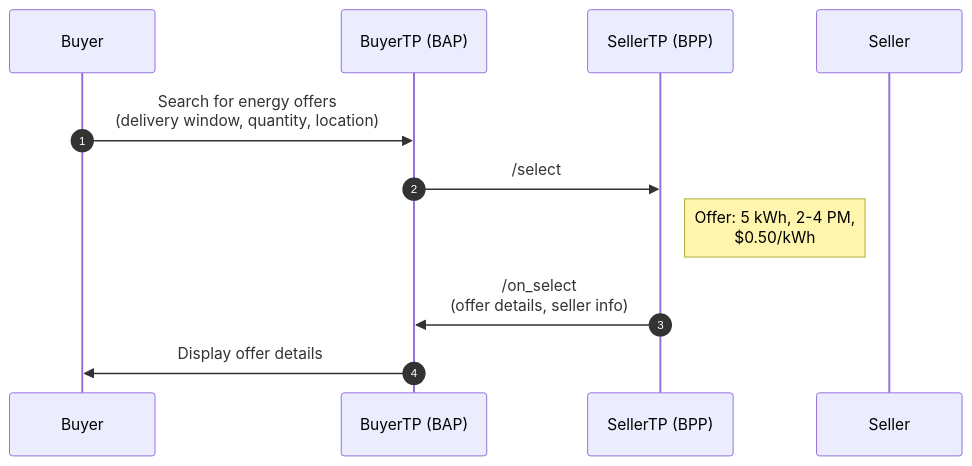
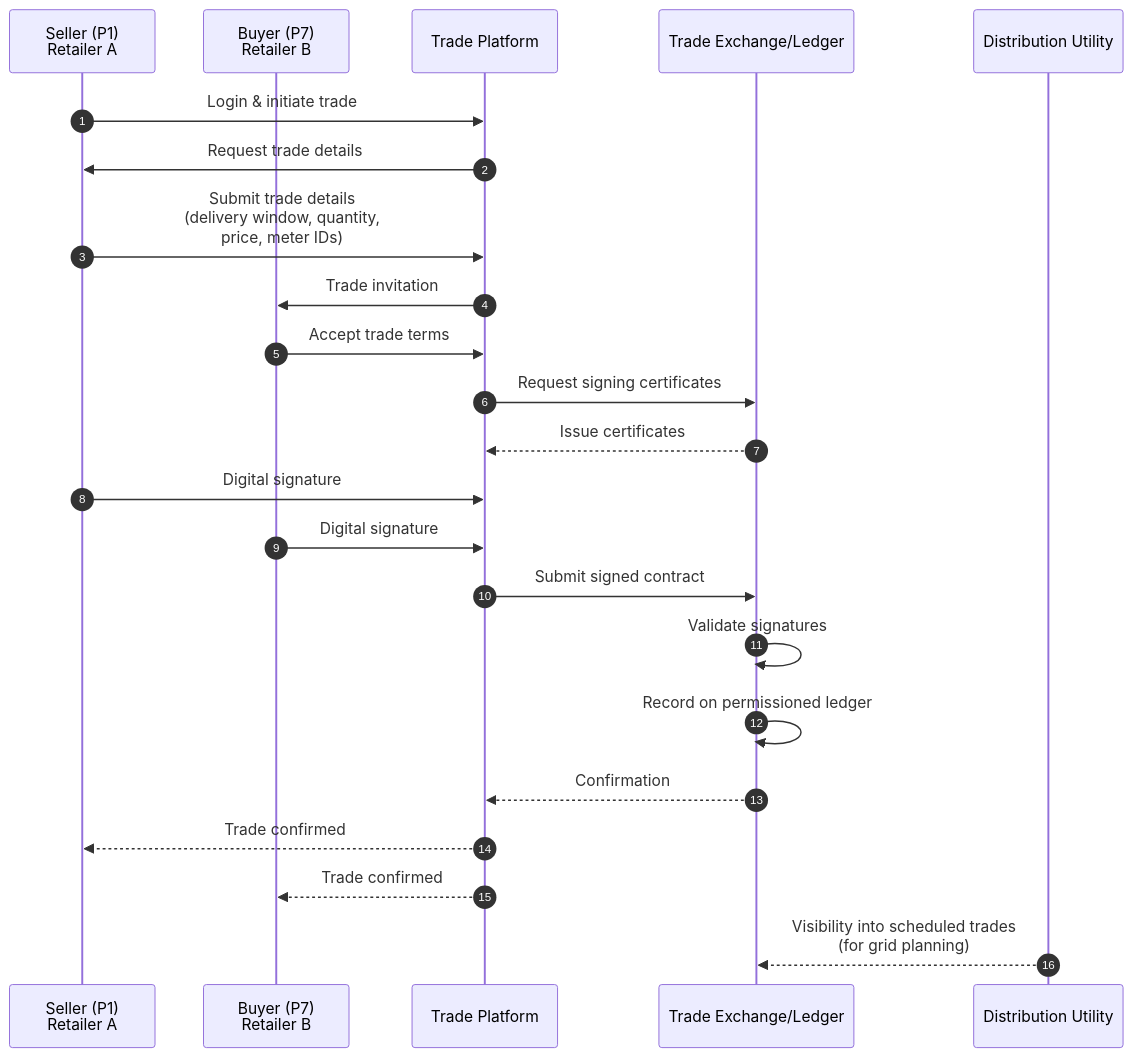
The second of 11 diagrams in docs/implementation-guides/v2/P2P_Trading/Inter_energy_retailer_P2P_trading_draft.md (beckn/DEG), drawn with Mermaid before and after one commit. The commit also changed other lines of this file and 1 other file, not shown here.

````diff
--- a/docs/implementation-guides/v2/P2P_Trading/Inter_energy_retailer_P2P_trading_draft.md
+++ b/docs/implementation-guides/v2/P2P_Trading/Inter_energy_retailer_P2P_trading_draft.md
@@ -173,14 +126,30 @@
 ```mermaid
 sequenceDiagram
     autonumber
-    participant B as Buyer
-    participant BuyerTP as BuyerTP (BAP)
-    participant SellerTP as SellerTP (BPP)
-    participant S as Seller
+    participant S as Seller (P1)<br/>Retailer A
+    participant B as Buyer (P7)<br/>Retailer B
+    participant TP as Trade Platform
+    participant TE as Trade Exchange/Ledger
+    participant DU as Distribution Utility
 
-    B->>BuyerTP: Search for energy offers<br/>(delivery window, quantity, location)
-    BuyerTP->>SellerTP: /select
-    Note right of SellerTP: Offer: 5 kWh, 2-4 PM,<br/>$0.50/kWh
-    SellerTP->>BuyerTP: /on_select<br/>(offer details, seller info)
-    BuyerTP->>B: Display offer details
+    S->>TP: Login & initiate trade
+    TP->>S: Request trade details
+    S->>TP: Submit trade details<br/>(delivery window, quantity,<br/>price, meter IDs)
+    TP->>B: Trade invitation
+    B->>TP: Accept trade terms
+
+    TP->>TE: Request signing certificates
+    TE-->>TP: Issue certificates
+
+    S->>TP: Digital signature
+    B->>TP: Digital signature
+    TP->>TE: Submit signed contract
+
+    TE->>TE: Validate signatures
+    TE->>TE: Record on permissioned ledger
+    TE-->>TP: Confirmation
+    TP-->>S: Trade confirmed
+    TP-->>B: Trade confirmed
+
+    DU-->>TE: Visibility into scheduled trades<br/>(for grid planning)
 ```
````
